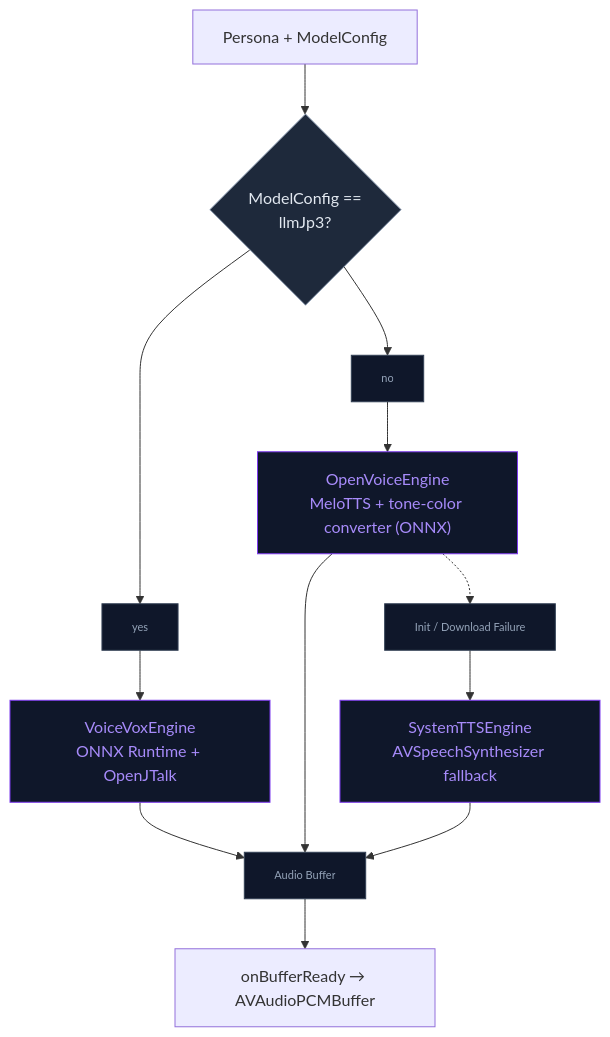
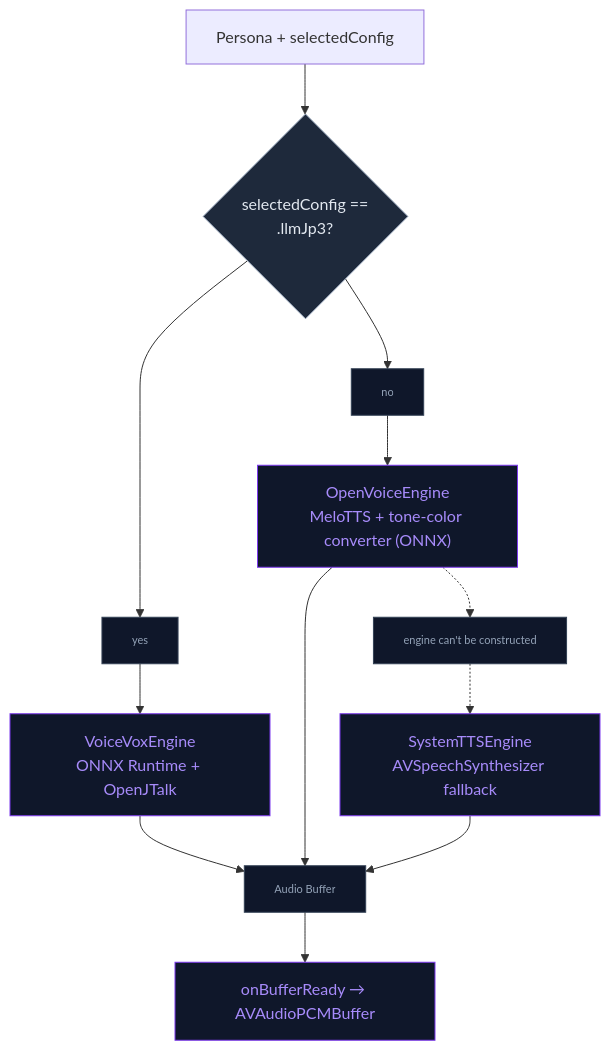
Before and after one commit to kevinliddel/NeuraLink: the first of 3 diagrams in docs/AI/LLM_VOICE.md, drawn with Mermaid. The commit also changed other lines of this file and 21 other files, not shown here.

````diff
--- a/docs/AI/LLM_VOICE.md
+++ b/docs/AI/LLM_VOICE.md
@@ -24,25 +25,24 @@
 ```mermaid
 flowchart TD
-    Start["Persona + ModelConfig"] --> Q2{"ModelConfig ==<br/>llmJp3?"}
+    Start["Persona + selectedConfig"] --> Q2{"selectedConfig ==<br/>.llmJp3?"}
 
     Q2 --> D3["yes"] --> VV["VoiceVoxEngine<br/>ONNX Runtime + OpenJTalk"]
     Q2 --> D4["no"] --> OV["OpenVoiceEngine<br/>MeloTTS + tone-color converter (ONNX)"]
 
-    OV -.-> D5["Init / Download Failure"] --> SYS["SystemTTSEngine<br/>AVSpeechSynthesizer fallback"]
+    OV -.-> D5["engine can't be constructed"] -.-> SYS["SystemTTSEngine<br/>AVSpeechSynthesizer fallback"]
 
     VV --> D7["Audio Buffer"] --> Done["onBufferReady → AVAudioPCMBuffer"]
     OV --> D7
     SYS --> D7
 
-    %% Engine styles
-    classDef engine fill:#0f172a,stroke:#7c3aed,color:#a78bfa
-    class VV,OV,SYS engine
+    %% Styles
+    classDef core fill:#0f172a,stroke:#7c3aed,color:#a78bfa
+    classDef decision fill:#1e293b,stroke:#94a3b8,color:#e2e8f0
 
-    %% Decision nodes
-    classDef decision fill:#1e293b,stroke:#94a3b8,color:#e2e8f0
+    class VV,OV,SYS,Done core
     class Q2 decision
 
-    %% Data / flow nodes (consistent)
+    %% Data nodes (consistent system-wide)
     classDef data fill:#0f172a,stroke:#334155,color:#94a3b8,font-size:11px
     class D3,D4,D5,D7 data
 ```
````
